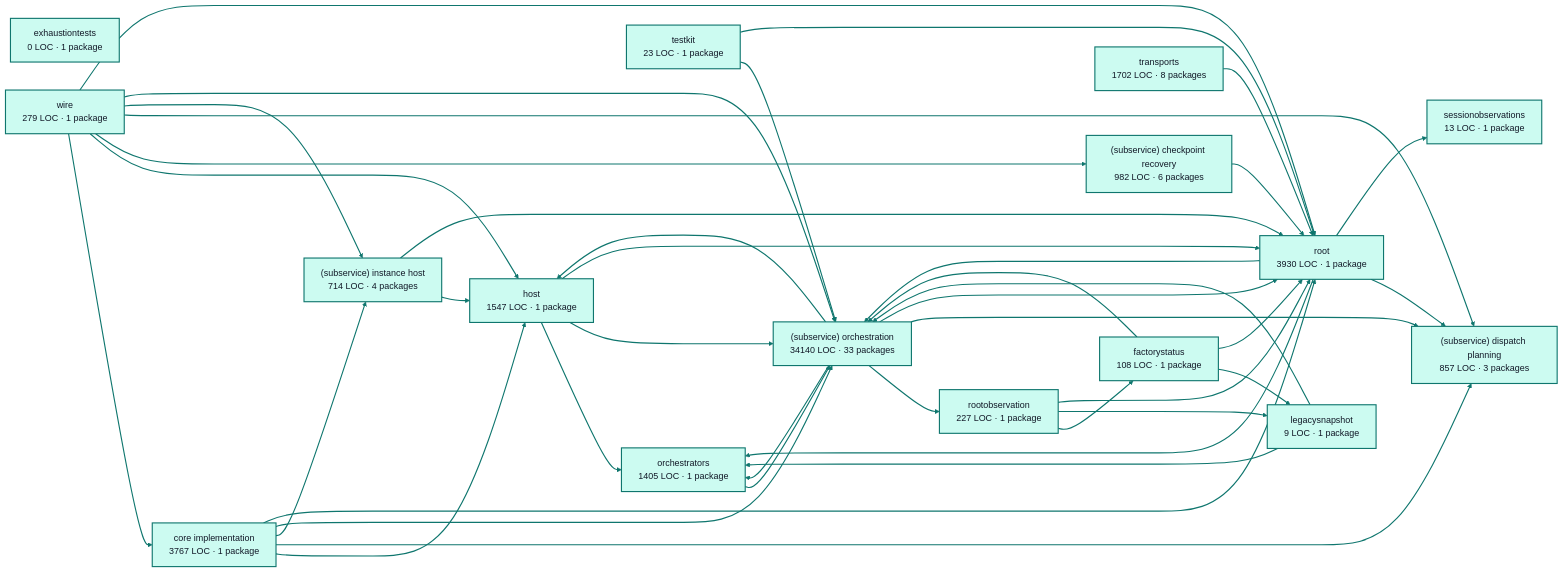
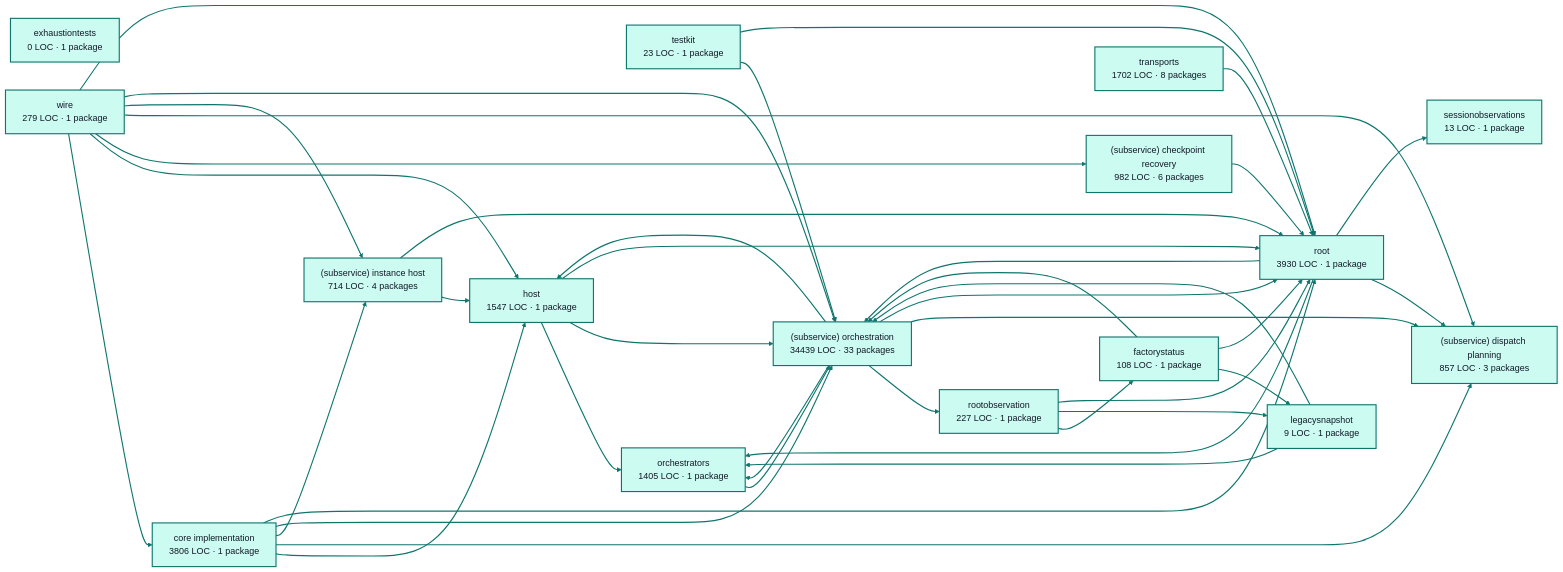
The diagram in docs/architecture/visualizations/services/factory_runtime.md (portpowered/you-agent-factory), drawn with Mermaid before and after one commit. The commit also changed other lines of this file and 20 other files, not shown here.

Commit message:
docs: refresh backend architecture visualizations

````diff
--- a/docs/architecture/visualizations/services/factory_runtime.md
+++ b/docs/architecture/visualizations/services/factory_runtime.md
@@ -11,75 +11,75 @@
 ```mermaid
 flowchart LR
-  p0["core implementation<br/>3767 LOC · 1 package"]
+  p0["core implementation<br/>3806 LOC · 1 package"]
   p1["exhaustiontests<br/>0 LOC · 1 package"]
   p2["factorystatus<br/>108 LOC · 1 package"]
   p3["host<br/>1547 LOC · 1 package"]
   p4["legacysnapshot<br/>9 LOC · 1 package"]
   p5["orchestrators<br/>1405 LOC · 1 package"]
   p6["rootobservation<br/>227 LOC · 1 package"]
   p7["(subservice) checkpoint recovery<br/>982 LOC · 6 packages"]
   p8["(subservice) dispatch planning<br/>857 LOC · 3 packages"]
   p9["(subservice) instance host<br/>714 LOC · 4 packages"]
-  p10["(subservice) orchestration<br/>34140 LOC · 33 packages"]
+  p10["(subservice) orchestration<br/>34439 LOC · 33 packages"]
   p11["sessionobservations<br/>13 LOC · 1 package"]
   p12["testkit<br/>23 LOC · 1 package"]
   p13["root<br/>3930 LOC · 1 package"]
   p14["transports<br/>1702 LOC · 8 packages"]
   p15["wire<br/>279 LOC · 1 package"]
   p0 --> p3
   p0 --> p8
   p0 --> p9
   p0 --> p10
   p0 --> p13
   p2 --> p4
   p2 --> p10
   p2 --> p13
   p3 --> p5
   p3 --> p10
   p3 --> p13
   p4 --> p5
   p4 --> p10
   p5 --> p10
   p6 --> p2
   p6 --> p4
   p6 --> p13
   p7 --> p13
   p9 --> p3
   p9 --> p13
   p10 --> p3
   p10 --> p5
   p10 --> p6
   p10 --> p8
   p10 --> p13
   p12 --> p10
   p12 --> p13
   p13 --> p5
   p13 --> p8
   p13 --> p10
   p13 --> p11
   p14 --> p13
   p15 --> p0
   p15 --> p3
   p15 --> p7
   p15 --> p8
   p15 --> p9
   p15 --> p10
   p15 --> p13
   style p0 fill:#ccfbf1,stroke:#0f766e,stroke-width:2px,color:#111827
   style p1 fill:#ccfbf1,stroke:#0f766e,stroke-width:2px,color:#111827
   style p2 fill:#ccfbf1,stroke:#0f766e,stroke-width:2px,color:#111827
   style p3 fill:#ccfbf1,stroke:#0f766e,stroke-width:2px,color:#111827
   style p4 fill:#ccfbf1,stroke:#0f766e,stroke-width:2px,color:#111827
   style p5 fill:#ccfbf1,stroke:#0f766e,stroke-width:2px,color:#111827
   style p6 fill:#ccfbf1,stroke:#0f766e,stroke-width:2px,color:#111827
   style p7 fill:#ccfbf1,stroke:#0f766e,stroke-width:2px,color:#111827
   style p8 fill:#ccfbf1,stroke:#0f766e,stroke-width:2px,color:#111827
   style p9 fill:#ccfbf1,stroke:#0f766e,stroke-width:2px,color:#111827
   style p10 fill:#ccfbf1,stroke:#0f766e,stroke-width:2px,color:#111827
   style p11 fill:#ccfbf1,stroke:#0f766e,stroke-width:2px,color:#111827
   style p12 fill:#ccfbf1,stroke:#0f766e,stroke-width:2px,color:#111827
   style p13 fill:#ccfbf1,stroke:#0f766e,stroke-width:2px,color:#111827
   style p14 fill:#ccfbf1,stroke:#0f766e,stroke-width:2px,color:#111827
   style p15 fill:#ccfbf1,stroke:#0f766e,stroke-width:2px,color:#111827
   linkStyle default stroke:#0f766e,stroke-width:2px
 ```
````
